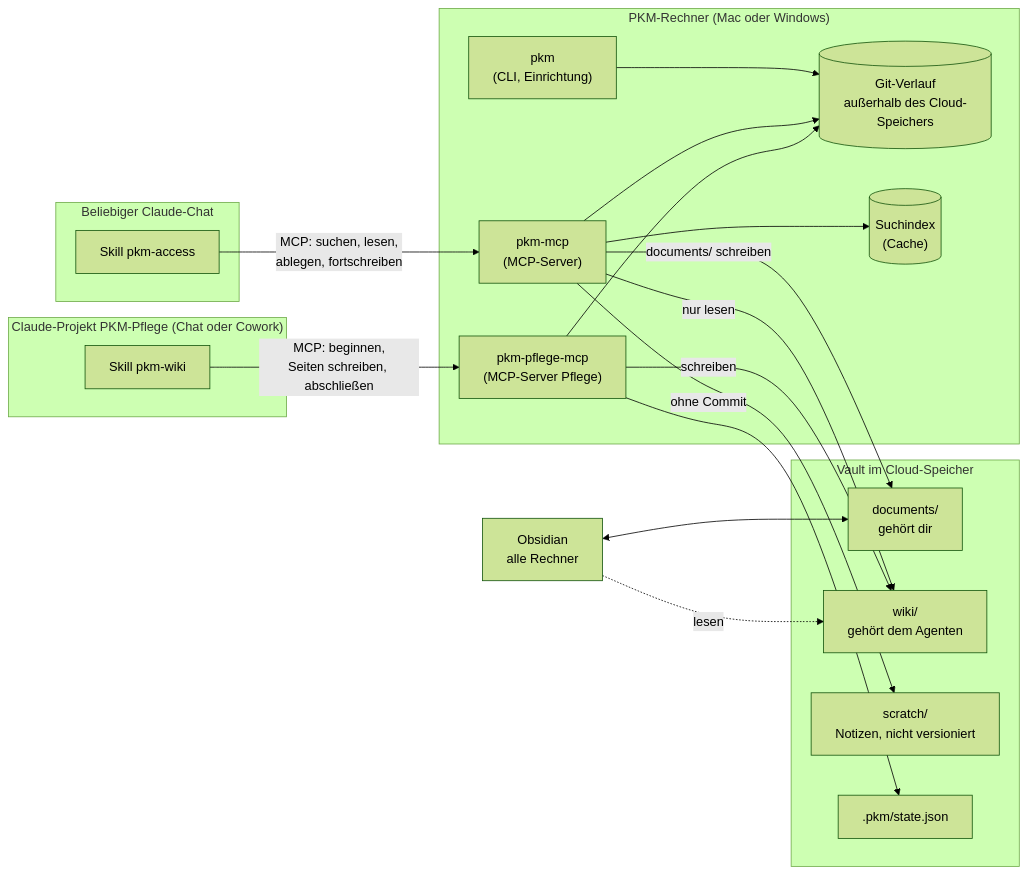
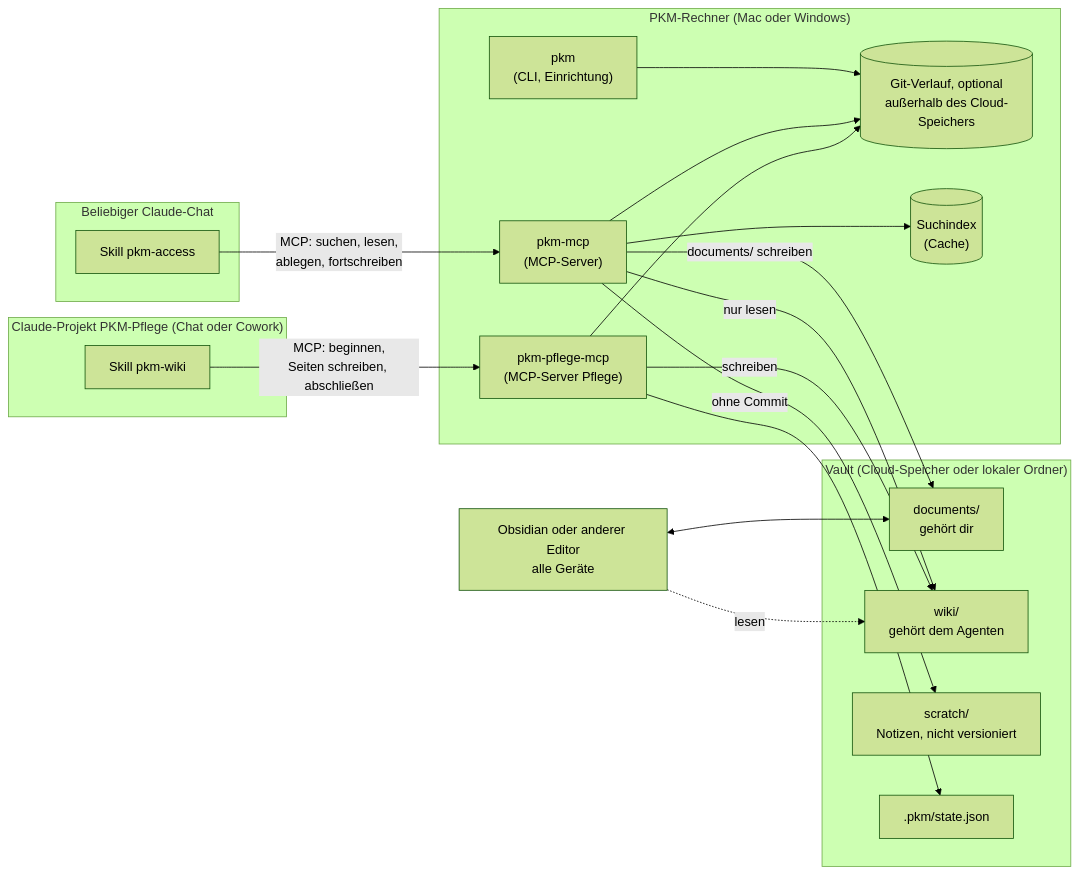
One commit to achim0x/pkm-llm-wiki changed the fifth of 8 diagrams in README.md. Above: the diagram before and after it, drawn with Mermaid (forest theme). The commit also changed other lines of this file and 5 other files, not shown here.

````diff
--- a/README.md
+++ b/README.md
@@ -167,37 +769,37 @@
 ```mermaid
 flowchart LR
     subgraph Chats["Beliebiger Claude-Chat"]
         A["Skill pkm-access"]
     end
     subgraph Projekt["Claude-Projekt PKM-Pflege (Chat oder Cowork)"]
         B["Skill pkm-wiki"]
     end
     subgraph Mac["PKM-Rechner (Mac oder Windows)"]
         M["pkm-mcp<br/>(MCP-Server)"]
         P["pkm-pflege-mcp<br/>(MCP-Server Pflege)"]
         C["pkm<br/>(CLI, Einrichtung)"]
-        G[("Git-Verlauf<br/>außerhalb des Cloud-Speichers")]
+        G[("Git-Verlauf, optional<br/>außerhalb des Cloud-Speichers")]
         I[("Suchindex<br/>(Cache)")]
     end
-    subgraph Vault["Vault im Cloud-Speicher"]
+    subgraph Vault["Vault (Cloud-Speicher oder lokaler Ordner)"]
         D["documents/<br/>gehört dir"]
         W["wiki/<br/>gehört dem Agenten"]
         X["scratch/<br/>Notizen, nicht versioniert"]
         S[".pkm/state.json"]
     end
-    O["Obsidian<br/>alle Rechner"]
+    O["Obsidian oder anderer Editor<br/>alle Geräte"]
 
     A -- "MCP: suchen, lesen,<br/>ablegen, fortschreiben" --> M
     B -- "MCP: beginnen,<br/>Seiten schreiben, abschließen" --> P
     P -- "schreiben" --> W
     P --> G
     M -- "documents/ schreiben" --> D
     M -- "ohne Commit" --> X
     M -- "nur lesen" --> W
     M --> G
     M --> I
     P --> S
     C --> G
     O <--> D
-    O -. "lesen" .-> W
+    O -.->|"lesen"| W
 ```
````
